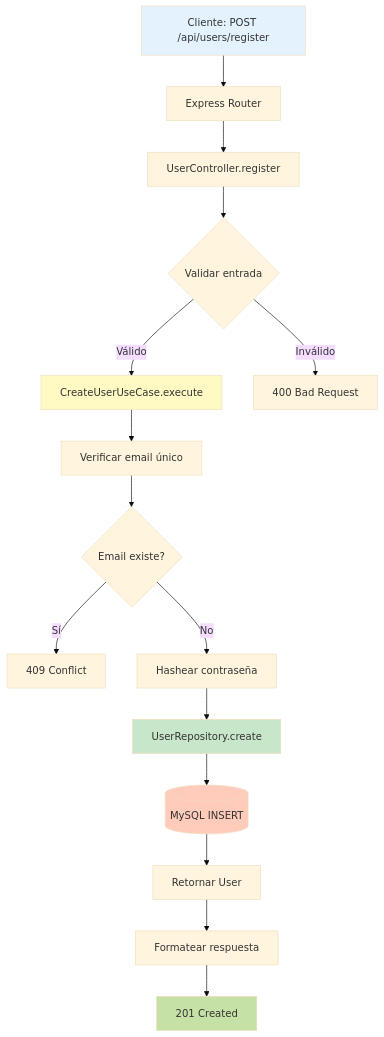
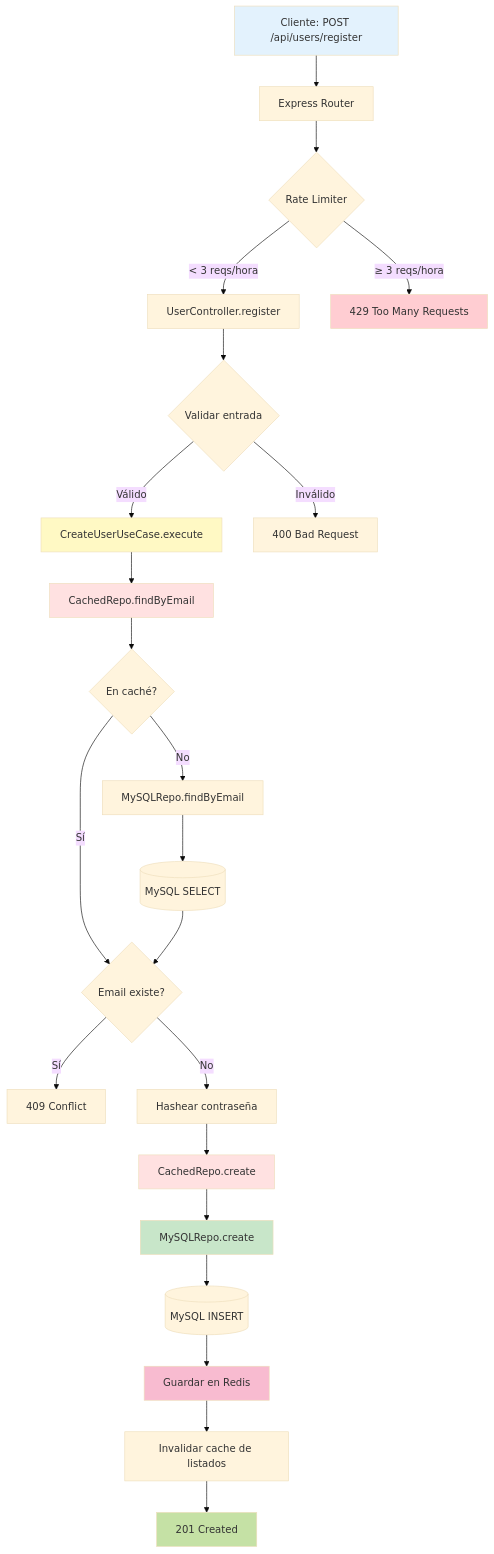
One commit to maximopeoficiales/node-ts-mysql-debug-template changed the seventh of 15 diagrams in ARCHITECTURE.md. Above: the diagram before and after it, drawn with Mermaid (base theme). The commit also changed other lines of this file and 19 other files, not shown here.

First line of the commit message:
feat: Implement rate limiting middleware with Redis caching

````diff
--- a/ARCHITECTURE.md
+++ b/ARCHITECTURE.md
@@ -345,23 +512,33 @@
 ```mermaid
 flowchart TD
     A[Cliente: POST /api/users/register] --> B[Express Router]
-    B --> C[UserController.register]
+    B --> RL{Rate Limiter}
+    RL -->|< 3 reqs/hora| C[UserController.register]
+    RL -->|≥ 3 reqs/hora| RATE[429 Too Many Requests]
     C --> D{Validar entrada}
     D -->|Válido| E[CreateUserUseCase.execute]
     D -->|Inválido| F[400 Bad Request]
-    E --> G[Verificar email único]
-    G --> H{Email existe?}
-    H -->|Sí| I[409 Conflict]
-    H -->|No| J[Hashear contraseña]
-    J --> K[UserRepository.create]
-    K --> L[(MySQL INSERT)]
-    L --> M[Retornar User]
-    M --> N[Formatear respuesta]
-    N --> O[201 Created]
+    E --> G[CachedRepo.findByEmail]
+    G --> H{En caché?}
+    H -->|Sí| I{Email existe?}
+    H -->|No| J[MySQLRepo.findByEmail]
+    J --> K[(MySQL SELECT)]
+    K --> I
+    I -->|Sí| L[409 Conflict]
+    I -->|No| M[Hashear contraseña]
+    M --> N[CachedRepo.create]
+    N --> O[MySQLRepo.create]
+    O --> P[(MySQL INSERT)]
+    P --> Q[Guardar en Redis]
+    Q --> R[Invalidar cache de listados]
+    R --> S[201 Created]
 
     style A fill:#e3f2fd
     style E fill:#fff9c4
-    style K fill:#c8e6c9
-    style L fill:#ffccbc
-    style O fill:#c5e1a5
+    style G fill:#ffe1e1
+    style N fill:#ffe1e1
+    style O fill:#c8e6c9
+    style Q fill:#f8bbd0
+    style S fill:#c5e1a5
+    style RATE fill:#ffcdd2
 ```
````
